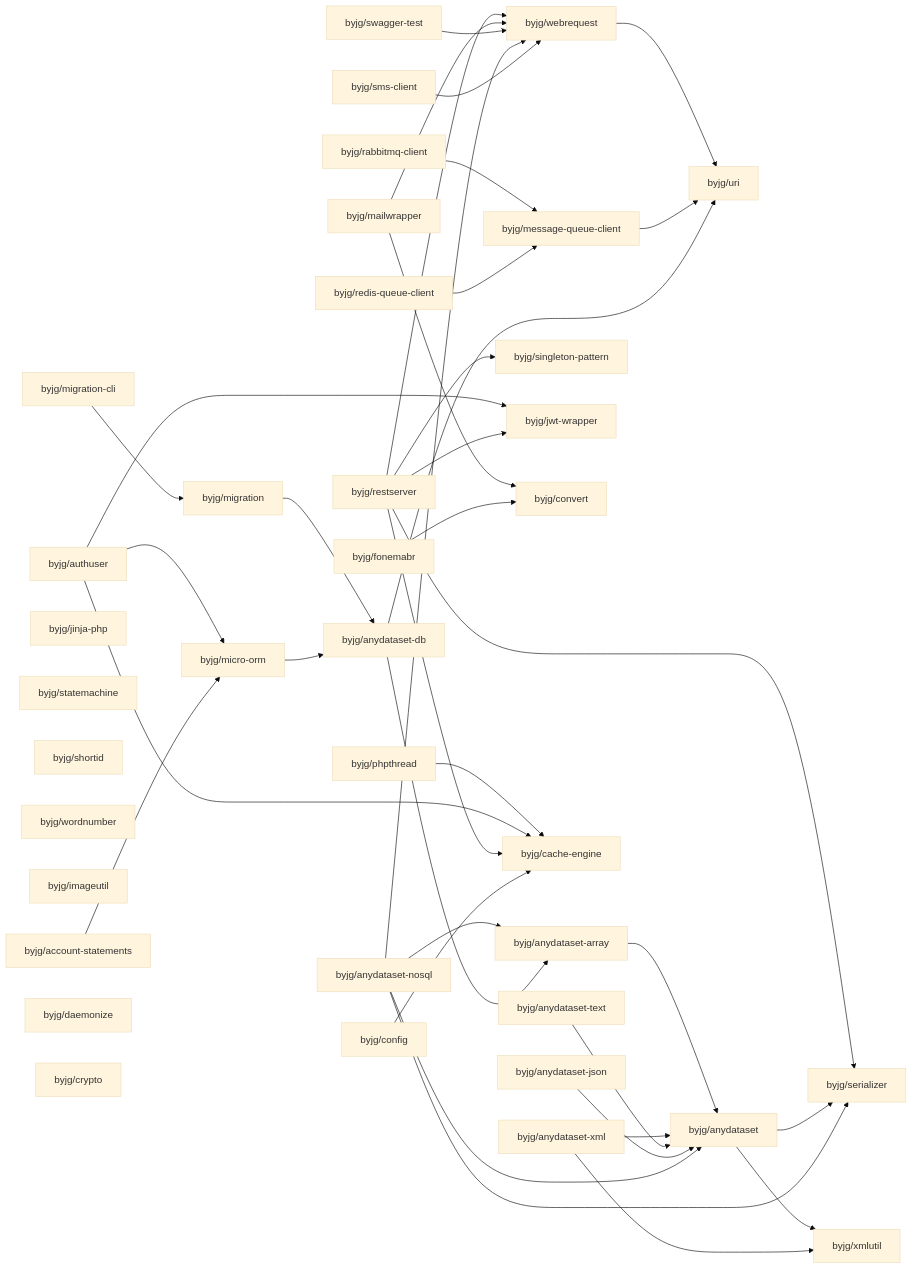
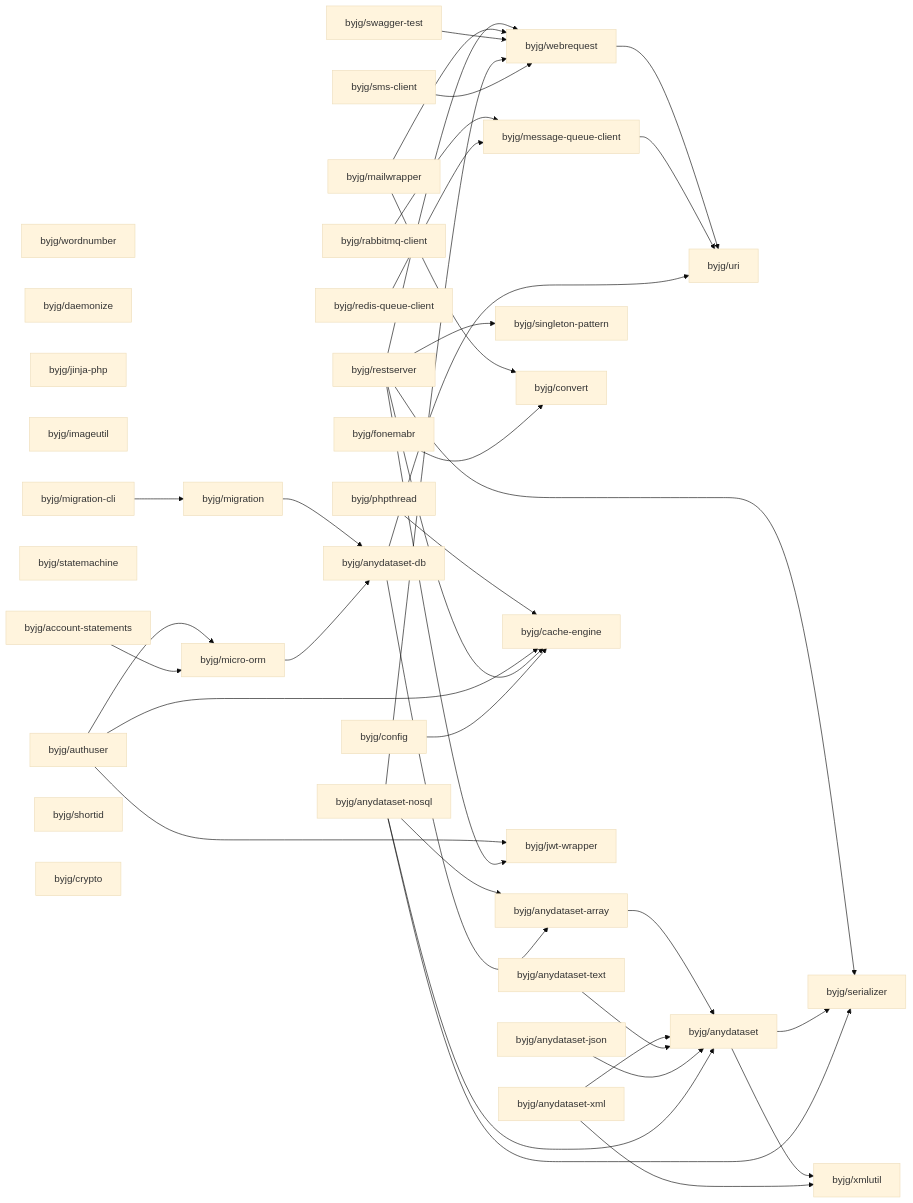
The diagram in docs/php/README.md (byjg/byjg.github.io), drawn with Mermaid (base theme) before and after one commit. The commit also changed other lines of this file, not shown here.

Commit message:
Update documentation 'php' 'php-uri'

````diff
--- a/docs/php/README.md
+++ b/docs/php/README.md
@@ -3,76 +3,76 @@
 ```mermaid
 graph LR;
+  byjg/mailwrapper;
+  byjg/swagger-test;
+  byjg/wordnumber;
   byjg/phpthread;
+  byjg/daemonize;
+  byjg/restserver;
+  byjg/anydataset-json;
+  byjg/fonemabr;
+  byjg/anydataset-nosql;
+  byjg/anydataset-text;
+  byjg/sms-client;
+  byjg/jinja-php;
+  byjg/anydataset-xml;
+  byjg/imageutil;
+  byjg/migration-cli;
+  byjg/statemachine;
+  byjg/config;
   byjg/authuser;
+  byjg/redis-queue-client;
   byjg/account-statements;
-  byjg/jinja-php;
-  byjg/statemachine;
-  byjg/sms-client;
   byjg/shortid;
-  byjg/fonemabr;
-  byjg/wordnumber;
-  byjg/restserver;
   byjg/rabbitmq-client;
-  byjg/swagger-test;
-  byjg/imageutil;
-  byjg/anydataset-text;
-  byjg/anydataset-nosql;
-  byjg/mailwrapper;
-  byjg/migration-cli;
-  byjg/daemonize;
   byjg/crypto;
-  byjg/anydataset-xml;
-  byjg/anydataset-json;
-  byjg/config;
-  byjg/redis-queue-client;
-  byjg/micro-orm;
   byjg/singleton-pattern;
-  byjg/jwt-wrapper;
   byjg/convert;
   byjg/webrequest;
   byjg/migration;
   byjg/cache-engine;
+  byjg/jwt-wrapper;
+  byjg/micro-orm;
   byjg/message-queue-client;
   byjg/anydataset-db;
   byjg/anydataset-array;
   byjg/uri;
   byjg/anydataset;
   byjg/serializer;
   byjg/xmlutil;
   byjg/phpthread --> byjg/cache-engine;
   byjg/authuser --> byjg/micro-orm;
   byjg/authuser --> byjg/cache-engine;
   byjg/authuser --> byjg/jwt-wrapper;
   byjg/anydataset-array --> byjg/anydataset;
   byjg/restserver --> byjg/serializer;
   byjg/restserver --> byjg/singleton-pattern;
   byjg/restserver --> byjg/cache-engine;
   byjg/restserver --> byjg/webrequest;
   byjg/restserver --> byjg/jwt-wrapper;
   byjg/mailwrapper --> byjg/convert;
   byjg/mailwrapper --> byjg/webrequest;
   byjg/swagger-test --> byjg/webrequest;
   byjg/migration --> byjg/anydataset-db;
   byjg/account-statements --> byjg/micro-orm;
   byjg/anydataset --> byjg/serializer;
   byjg/anydataset --> byjg/xmlutil;
   byjg/fonemabr --> byjg/convert;
   byjg/anydataset-xml --> byjg/anydataset;
   byjg/anydataset-xml --> byjg/xmlutil;
   byjg/webrequest --> byjg/uri;
   byjg/config --> byjg/cache-engine;
   byjg/migration-cli --> byjg/migration;
   byjg/anydataset-text --> byjg/anydataset;
   byjg/micro-orm --> byjg/anydataset-db;
   byjg/message-queue-client --> byjg/uri;
   byjg/anydataset-json --> byjg/anydataset;
   byjg/anydataset-nosql --> byjg/anydataset;
   byjg/anydataset-nosql --> byjg/anydataset-array;
   byjg/anydataset-nosql --> byjg/serializer;
   byjg/anydataset-nosql --> byjg/webrequest;
   byjg/anydataset-db --> byjg/anydataset-array;
   byjg/anydataset-db --> byjg/uri;
   byjg/rabbitmq-client --> byjg/message-queue-client;
   byjg/redis-queue-client --> byjg/message-queue-client;
   byjg/sms-client --> byjg/webrequest;
 ```
````
